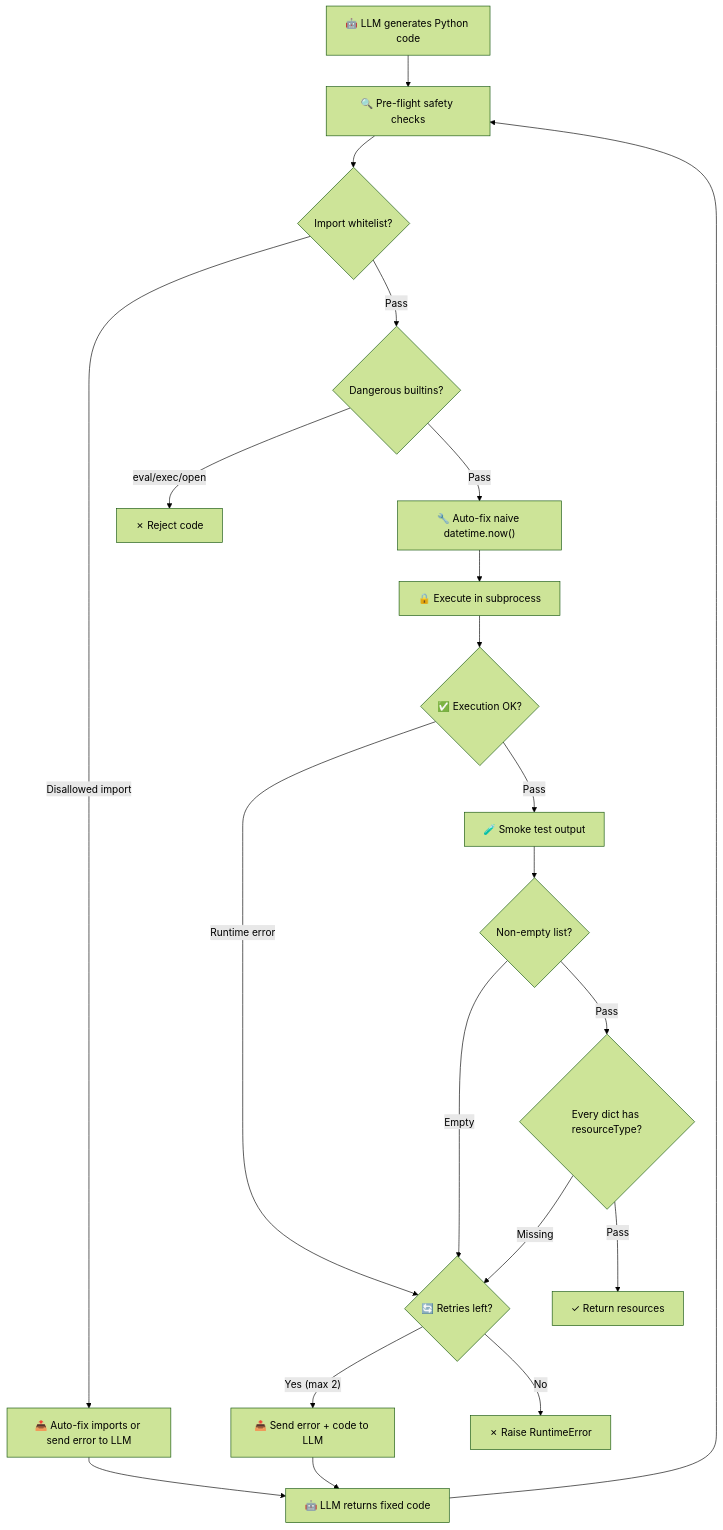
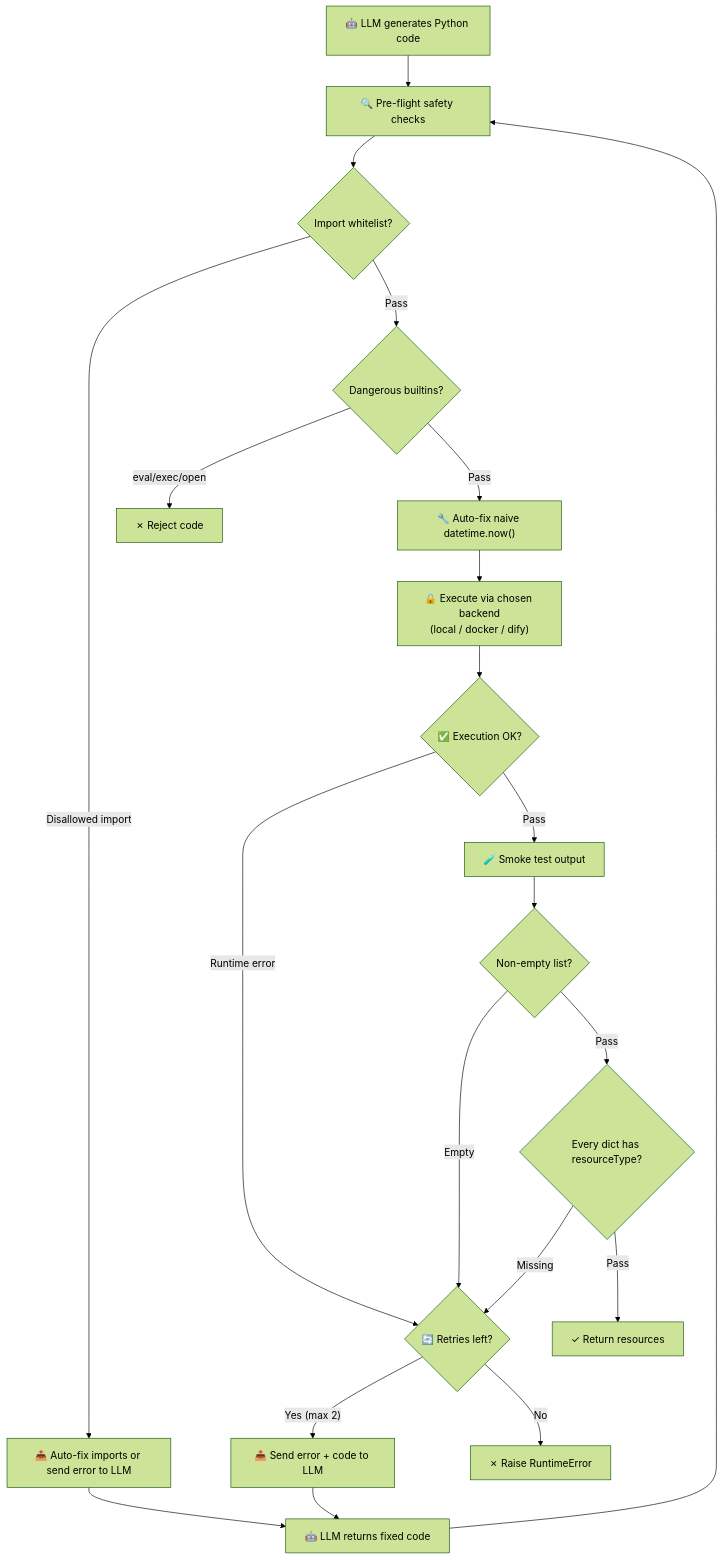
One commit to alvinhenrick/fhir-synth changed the third of 3 diagrams in docs/architecture.md. Above: the diagram before and after it, drawn with Mermaid (forest theme). The commit also changed other lines of this file and 14 other files, not shown here.

````diff
--- a/docs/architecture.md
+++ b/docs/architecture.md
@@ -108,25 +120,25 @@
 ```mermaid
 flowchart TD
     A["🤖 LLM generates Python code"] --> B["🔍 Pre-flight safety checks"]
     B --> B1{"Import whitelist?"}
     B1 -->|"Disallowed import"| FIX["📤 Auto-fix imports or send error to LLM"]
     B1 -->|Pass| B2{"Dangerous builtins?"}
     B2 -->|"eval/exec/open"| REJECT["✗ Reject code"]
     B2 -->|Pass| B3["🔧 Auto-fix naive datetime.now()"]
-    B3 --> C["🔒 Execute in subprocess"]
+    B3 --> C["🔒 Execute via chosen backend<br/>(local / docker / dify)"]
     C --> D{"✅ Execution OK?"}
     D -->|"Runtime error"| RETRY
     D -->|Pass| E["🧪 Smoke test output"]
     E --> E1{"Non-empty list?"}
     E1 -->|Empty| RETRY
     E1 -->|Pass| E2{"Every dict has resourceType?"}
     E2 -->|Missing| RETRY
     E2 -->|Pass| F["✓ Return resources"]
 
     RETRY{"🔄 Retries left?"}
     RETRY -->|"Yes (max 2)"| FIX2["📤 Send error + code to LLM"]
     RETRY -->|No| H["✗ Raise RuntimeError"]
     FIX2 --> G["🤖 LLM returns fixed code"]
     FIX --> G
     G --> B
 ```
````
